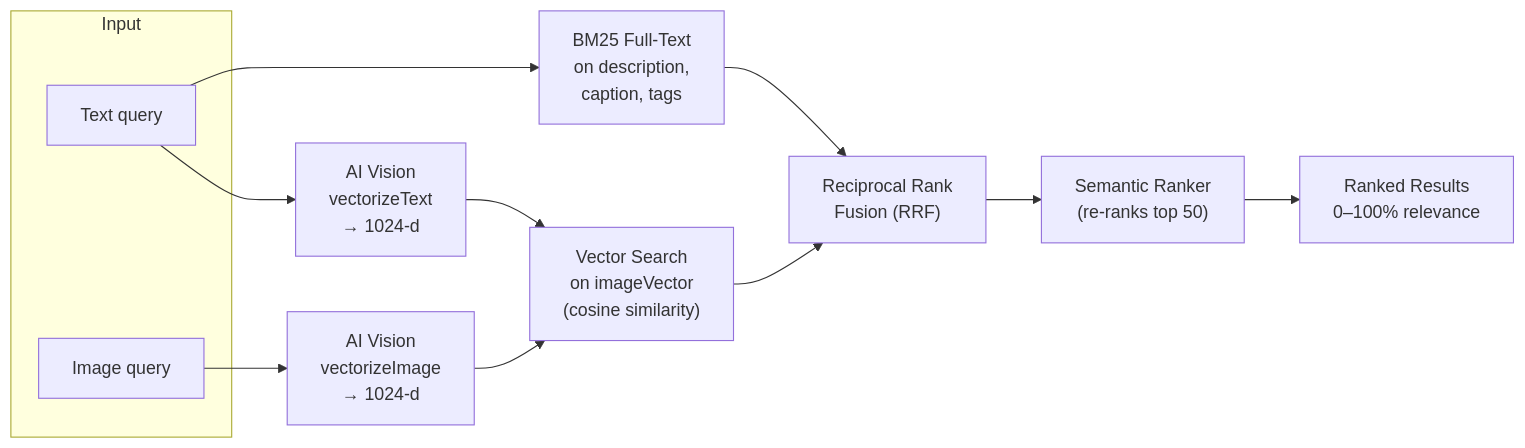
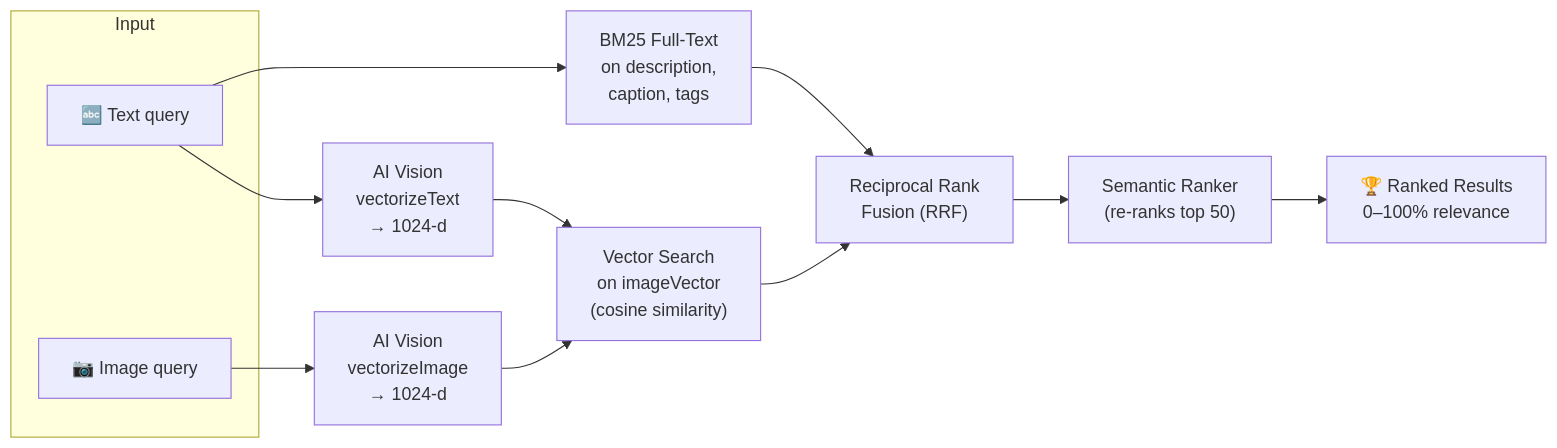
One commit to asevillano/visual-ai-search changed the third of 4 diagrams in README.md. Above: the diagram before and after it, drawn with Mermaid. The commit also changed other lines of this file, not shown here.

````diff
--- a/README.md
+++ b/README.md
@@ -159,21 +171,21 @@
 ```mermaid
 flowchart LR
     subgraph Input
-        TQ["Text query"]
-        IQ["Image query"]
+        TQ["🔤 Text query"]
+        IQ["📷 Image query"]
     end
 
     TQ --> VT["AI Vision\nvectorizeText\n→ 1024-d"]
     IQ --> VI["AI Vision\nvectorizeImage\n→ 1024-d"]
 
     VT --> VS["Vector Search\non imageVector\n(cosine similarity)"]
     VI --> VS
 
     TQ --> BM["BM25 Full-Text\non description,\ncaption, tags"]
 
     VS --> RRF["Reciprocal Rank\nFusion (RRF)"]
     BM --> RRF
 
     RRF --> SR["Semantic Ranker\n(re-ranks top 50)"]
-    SR --> RES["Ranked Results\n0–100% relevance"]
+    SR --> RES["🏆 Ranked Results\n0–100% relevance"]
 ```
````
